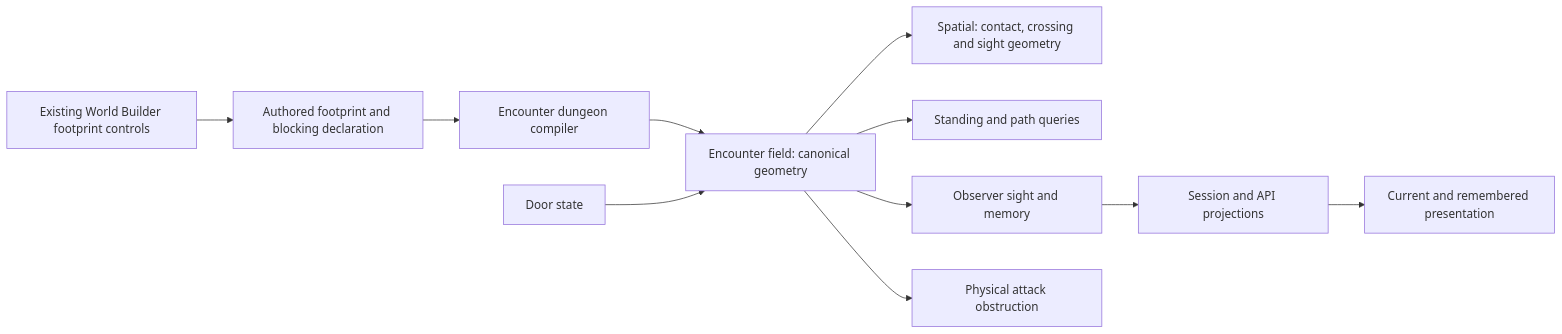
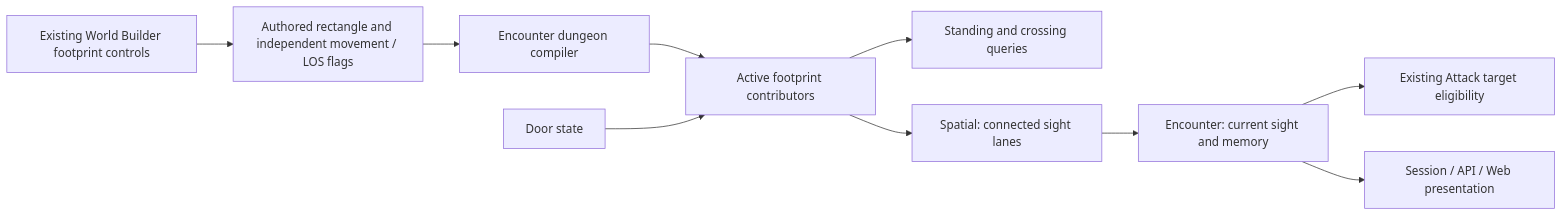
One commit to KirkDiggler/rpg-project changed the diagram in ideas/blocking-geometry/design.md. Above: the diagram before and after it, drawn with Mermaid. The commit also changed other lines of this file, not shown here.

Commit message:
docs: narrow footprint work to existing sight and targeting (#506)

````diff
--- a/ideas/blocking-geometry/design.md
+++ b/ideas/blocking-geometry/design.md
@@ -5,13 +5,12 @@
 ```mermaid
 flowchart LR
-    Builder[Existing World Builder footprint controls] --> Document[Authored footprint and blocking declaration]
+    Builder[Existing World Builder footprint controls] --> Document[Authored rectangle and independent movement / LOS flags]
     Document --> Compiler[Encounter dungeon compiler]
-    Compiler --> Field[Encounter field: canonical geometry]
+    Compiler --> Field[Active footprint contributors]
     Door[Door state] --> Field
-    Field --> Spatial[Spatial: contact, crossing and sight geometry]
-    Field --> Movement[Standing and path queries]
-    Field --> Sight[Observer sight and memory]
-    Field --> Attacks[Physical attack obstruction]
-    Sight --> Session[Session and API projections]
-    Session --> Web[Current and remembered presentation]
+    Field --> Movement[Standing and crossing queries]
+    Field --> Spatial[Spatial: connected sight lanes]
+    Spatial --> Sight[Encounter: current sight and memory]
+    Sight --> Targets[Existing Attack target eligibility]
+    Sight --> Projection[Session / API / Web presentation]
 ```
````
